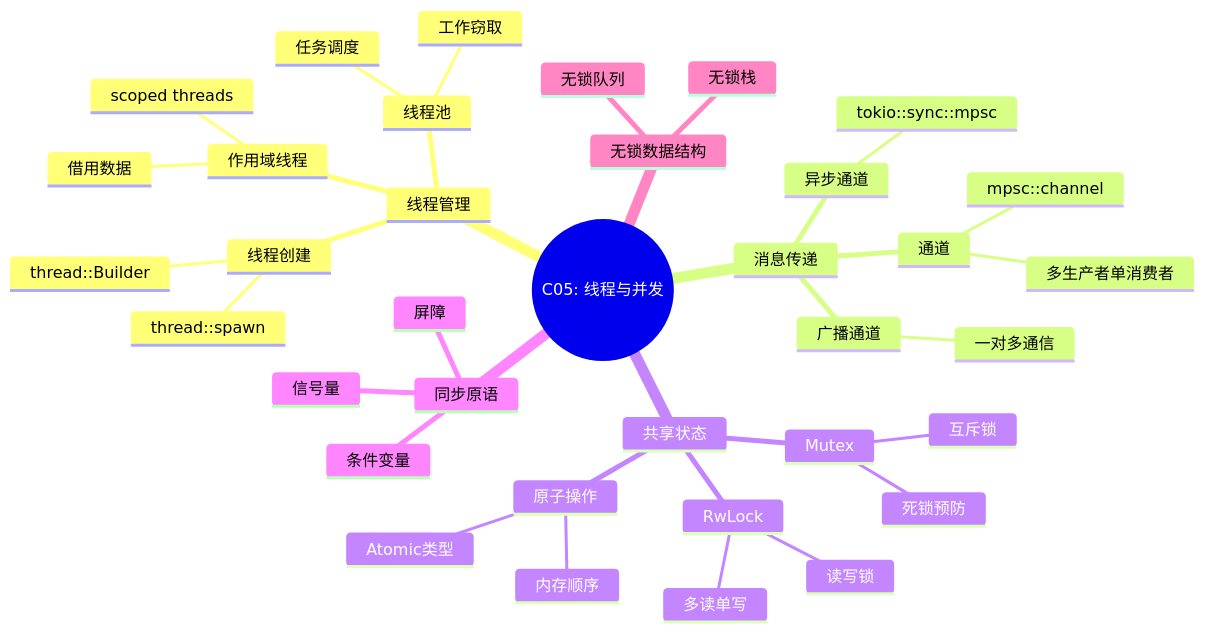
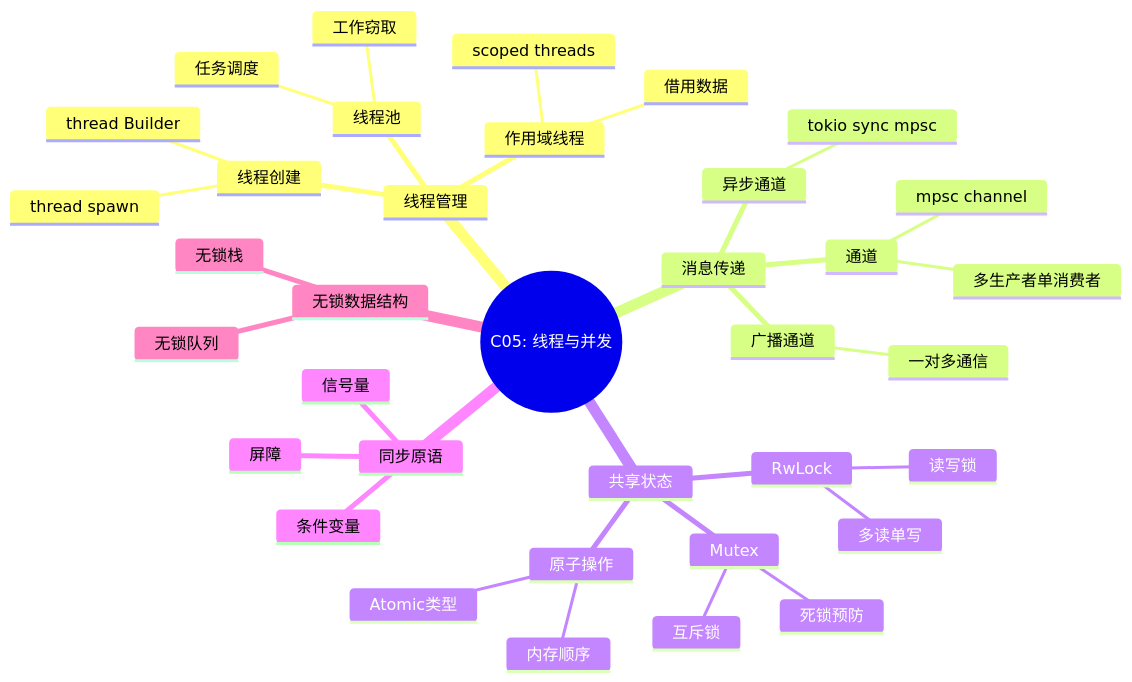
Diagram 15 of 19 in docs/04_thinking/04_mind_map_collection.md (martin-ly/rust-lang), drawn with Mermaid before and after one commit. The commit also changed other lines of this file and 97 other files, not shown here.

````diff
--- a/docs/04_thinking/04_mind_map_collection.md
+++ b/docs/04_thinking/04_mind_map_collection.md
@@ -861,39 +861,39 @@
 ```mermaid
 mindmap
   root((C05: 线程与并发))
     线程管理
       线程创建
-        thread::spawn
-        thread::Builder
+        thread spawn
+        thread Builder
       线程池
         工作窃取
         任务调度
       作用域线程
         scoped threads
         借用数据
     消息传递
       通道
-        mpsc::channel
+        mpsc channel
         多生产者单消费者
       异步通道
-        tokio::sync::mpsc
+        tokio sync mpsc
       广播通道
         一对多通信
     共享状态
       Mutex
         互斥锁
         死锁预防
       RwLock
         读写锁
         多读单写
       原子操作
         Atomic类型
         内存顺序
     同步原语
       信号量
       屏障
       条件变量
     无锁数据结构
       无锁队列
       无锁栈
 ```
````
